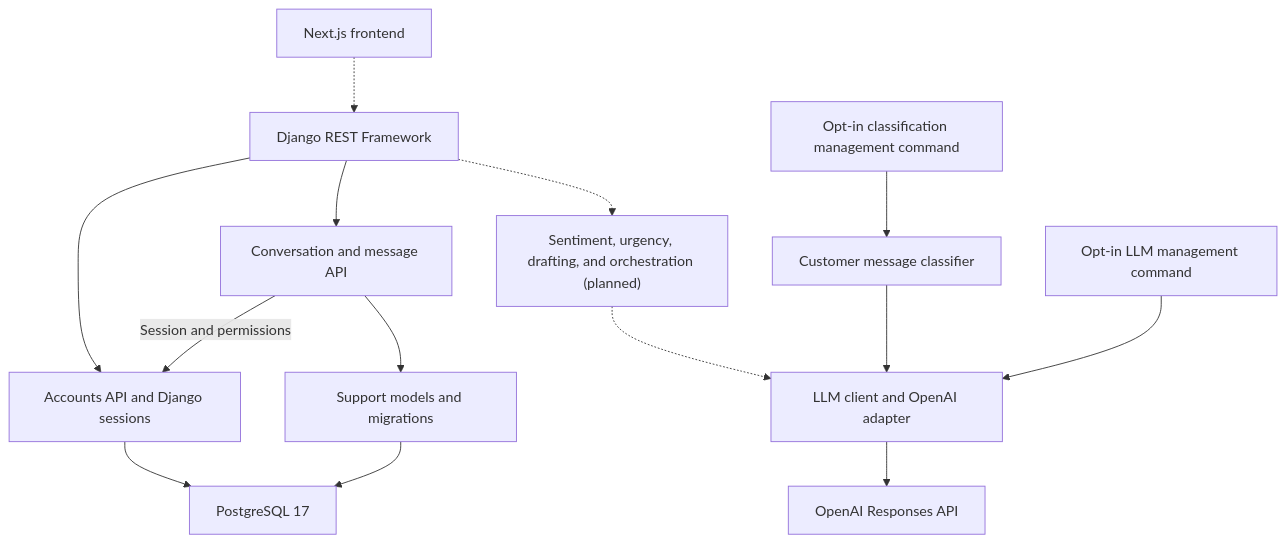
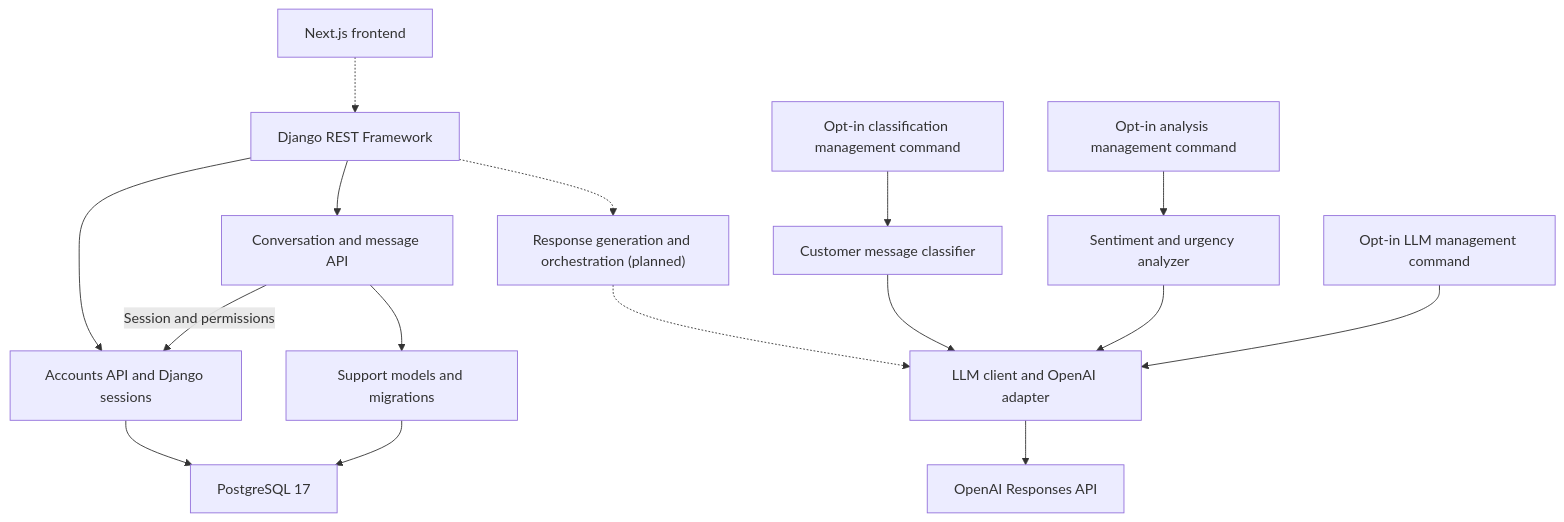
Before and after one commit to isazadesabuhi/ai-customer-support: the diagram in docs/architecture/overview.md, drawn with Mermaid. The commit also changed other lines of this file and 24 other files, not shown here.

Commit message:
feat(ai): add sentiment and urgency analysis with validated outputs

````diff
--- a/docs/architecture/overview.md
+++ b/docs/architecture/overview.md
@@ -7,28 +7,32 @@
 ```mermaid
 flowchart TD
     Frontend["Next.js frontend"]
     Backend["Django REST Framework"]
     Accounts["Accounts API and Django sessions"]
     API["Conversation and message API"]
     Support["Support models and migrations"]
     Database["PostgreSQL 17"]
-    AI["Sentiment, urgency, drafting, and orchestration (planned)"]
+    AI["Response generation and orchestration (planned)"]
     Classifier["Customer message classifier"]
     Classify["Opt-in classification management command"]
+    Analyzer["Sentiment and urgency analyzer"]
+    Analyze["Opt-in analysis management command"]
     LLM["LLM client and OpenAI adapter"]
     Check["Opt-in LLM management command"]
     Provider["OpenAI Responses API"]
     Frontend -.-> Backend
     Backend --> Accounts
     Backend --> API
     API -->|"Session and permissions"| Accounts
     Accounts --> Database
     API --> Support
     Support --> Database
     Backend -.-> AI
     AI -.-> LLM
     Classify --> Classifier
     Classifier --> LLM
+    Analyze --> Analyzer
+    Analyzer --> LLM
     Check --> LLM
     LLM --> Provider
 ```
````
